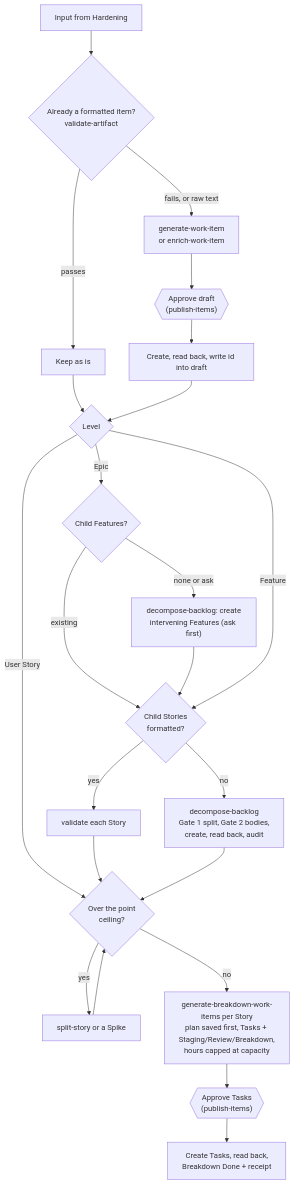
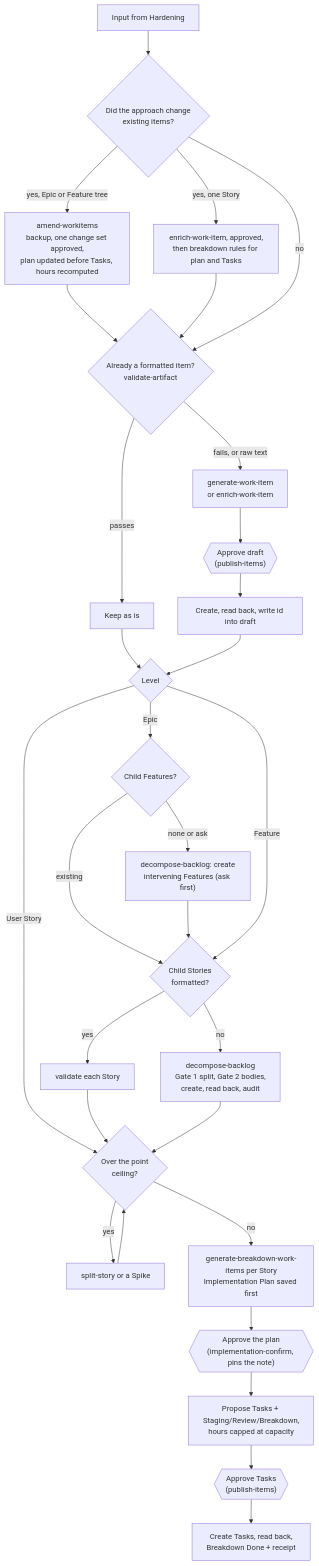
The second of 7 diagrams in AI_Codex/Specs/2026-10-15-workflow-alignment.md (Monolith-INC/monolithic-dev-harness), drawn with Mermaid before and after one commit. The commit also changed other lines of this file and 9 other files, not shown here.

````diff
--- a/AI_Codex/Specs/2026-10-15-workflow-alignment.md
+++ b/AI_Codex/Specs/2026-10-15-workflow-alignment.md
@@ -88,24 +97,31 @@
 ```mermaid
 flowchart TD
-    IN[Input from Hardening] --> FMT{"Already a formatted item?<br/>validate-artifact"}
+    IN[Input from Hardening] --> CHG{"Did the approach change<br/>existing items?"}
+    CHG -- "yes, Epic or Feature tree" --> AMD["amend-workitems<br/>backup, one change set approved,<br/>plan updated before Tasks, hours recomputed"]
+    CHG -- "yes, one Story" --> ENR["enrich-work-item, approved,<br/>then breakdown rules for plan and Tasks"]
+    AMD --> FMT
+    ENR --> FMT
+    CHG -- "no" --> FMT{"Already a formatted item?<br/>validate-artifact"}
     FMT -- "passes" --> KEEP[Keep as is]
     FMT -- "fails, or raw text" --> GWI["generate-work-item<br/>or enrich-work-item"]
     GWI --> G0{{"Approve draft<br/>(publish-items)"}}
     G0 --> C0[Create, read back, write id into draft]
     KEEP --> LVL{Level}
     C0 --> LVL
     LVL -- Epic --> EF{"Child Features?"}
     EF -- "none or ask" --> MKF["decompose-backlog: create<br/>intervening Features (ask first)"]
     EF -- "existing" --> FS
     MKF --> FS
     LVL -- Feature --> FS{"Child Stories<br/>formatted?"}
     FS -- "yes" --> CHK[validate each Story]
     FS -- "no" --> DEC["decompose-backlog<br/>Gate 1 split, Gate 2 bodies,<br/>create, read back, audit"]
     LVL -- "User Story" --> SZ
     CHK --> SZ
     DEC --> SZ{"Over the point<br/>ceiling?"}
     SZ -- yes --> SPL["split-story or a Spike"] --> SZ
-    SZ -- no --> BRK["generate-breakdown-work-items per Story<br/>plan saved first, Tasks + Staging/Review/Breakdown,<br/>hours capped at capacity"]
-    BRK --> G3{{"Approve Tasks<br/>(publish-items)"}}
+    SZ -- no --> BRK["generate-breakdown-work-items per Story<br/>Implementation Plan saved first"]
+    BRK --> GP{{"Approve the plan<br/>(implementation-confirm, pins the note)"}}
+    GP --> TSK["Propose Tasks + Staging/Review/Breakdown,<br/>hours capped at capacity"]
+    TSK --> G3{{"Approve Tasks<br/>(publish-items)"}}
     G3 --> C2["Create Tasks, read back,<br/>Breakdown Done + receipt"]
 ```
````
